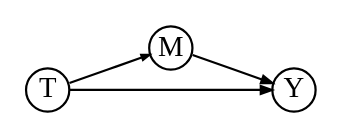
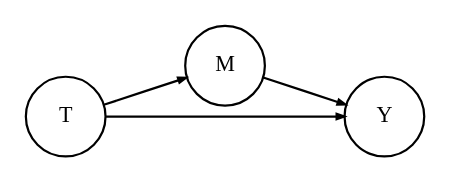
The second of 7 diagrams in index.qmd (LSYS/cma), drawn with Graphviz before and after one commit. The commit also changed other lines of this file, not shown here.

````diff
--- a/index.qmd
+++ b/index.qmd
@@ -101,17 +148,17 @@
 ```{dot}
-//| fig-cap: "Thasdasdis is a simple graphviz graph."
-//| label: fig-simple
-//| fig-width: 300px
-//| fig-height: 120px
+//| fig-cap: "Graph of mediation analysis. The path between T and Y is the direct effect (@eq-direct-estimand). The mediation effect is captured from $T$ to $M$ and then $M$ to $Y$ (@eq-indirect-estimand)."
+//| label: fig-mediation
+//| fig-width: 320px
+//| fig-height: 95px
 //| column: margin
 
 digraph Mediation {
   rankdir=LR ;
   splines=false;
   layout=dot;
-  node [shape=circle,fontsize="13",width=.2 height=.2 margin=0]
-  M -> Y [arrowsize=0.5];
-  T -> Y [arrowsize=0.5];
+  node [shape=circle,fontsize="10"]
+  M -> Y [arrowsize=0.35];
+  T -> Y [arrowsize=0.35];
   T -> M [arrowsize=0.35];
 }
 ```
````
